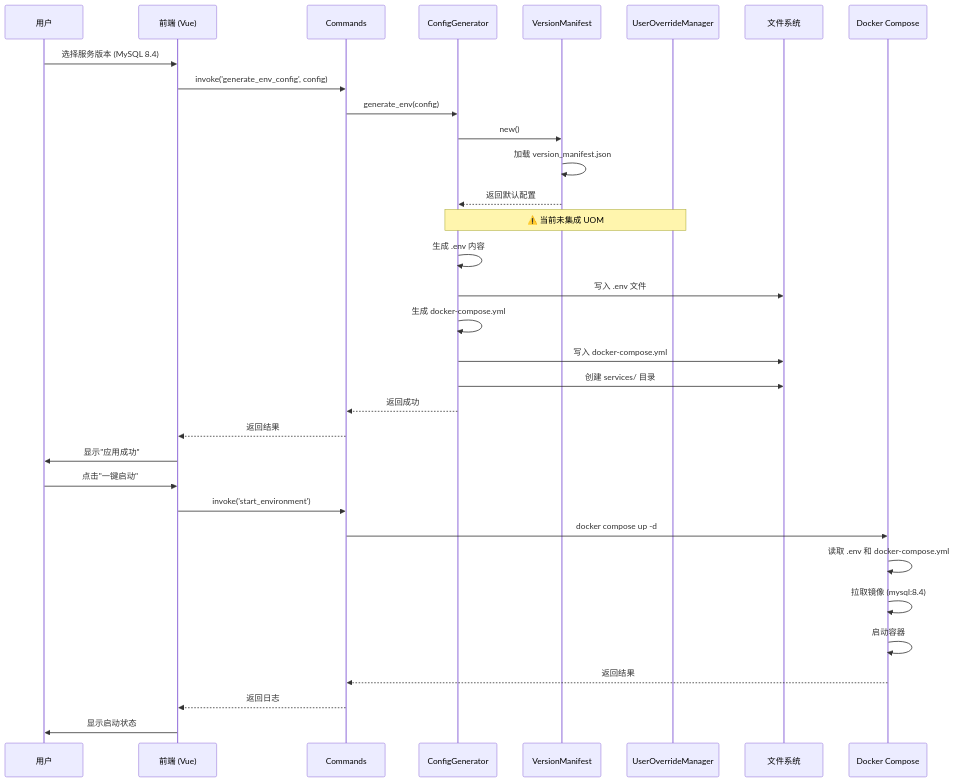
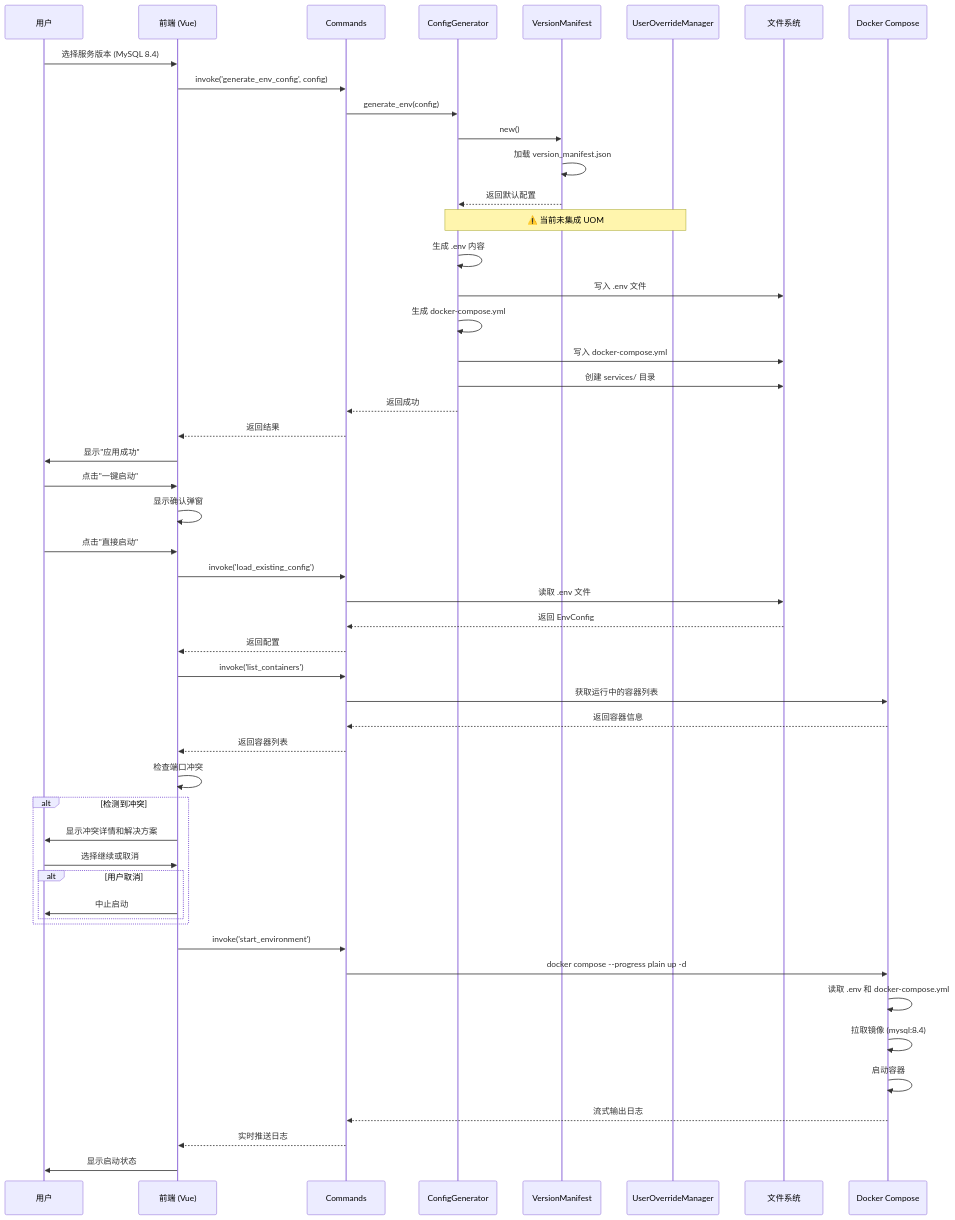
The second of 4 diagrams in ARCHITECTURE.md (jeeinn/php-stack), drawn with Mermaid before and after one commit. The commit also changed other lines of this file and 3 other files, not shown here.

````diff
--- a/ARCHITECTURE.md
+++ b/ARCHITECTURE.md
@@ -144,37 +144,55 @@
 ```mermaid
 sequenceDiagram
     participant U as 用户
     participant FE as 前端 (Vue)
     participant CMD as Commands
     participant CG as ConfigGenerator
     participant VM as VersionManifest
     participant UOM as UserOverrideManager
     participant FS as 文件系统
     participant DC as Docker Compose
 
     U->>FE: 选择服务版本 (MySQL 8.4)
     FE->>CMD: invoke('generate_env_config', config)
     CMD->>CG: generate_env(config)
     CG->>VM: new()
     VM->>VM: 加载 version_manifest.json
     VM-->>CG: 返回默认配置
     Note over CG,UOM: ⚠️ 当前未集成 UOM
     CG->>CG: 生成 .env 内容
     CG->>FS: 写入 .env 文件
     CG->>CG: 生成 docker-compose.yml
     CG->>FS: 写入 docker-compose.yml
     CG->>FS: 创建 services/ 目录
     CG-->>CMD: 返回成功
     CMD-->>FE: 返回结果
     FE->>U: 显示"应用成功"
     
     U->>FE: 点击"一键启动"
+    FE->>FE: 显示确认弹窗
+    U->>FE: 点击"直接启动"
+    FE->>CMD: invoke('load_existing_config')
+    CMD->>FS: 读取 .env 文件
+    FS-->>CMD: 返回 EnvConfig
+    CMD-->>FE: 返回配置
+    FE->>CMD: invoke('list_containers')
+    CMD->>DC: 获取运行中的容器列表
+    DC-->>CMD: 返回容器信息
+    CMD-->>FE: 返回容器列表
+    FE->>FE: 检查端口冲突
+    alt 检测到冲突
+        FE->>U: 显示冲突详情和解决方案
+        U->>FE: 选择继续或取消
+        alt 用户取消
+            FE->>U: 中止启动
+        end
+    end
     FE->>CMD: invoke('start_environment')
-    CMD->>DC: docker compose up -d
+    CMD->>DC: docker compose --progress plain up -d
     DC->>DC: 读取 .env 和 docker-compose.yml
     DC->>DC: 拉取镜像 (mysql:8.4)
     DC->>DC: 启动容器
-    DC-->>CMD: 返回结果
-    CMD-->>FE: 返回日志
+    DC-->>CMD: 流式输出日志
+    CMD-->>FE: 实时推送日志
     FE->>U: 显示启动状态
 ```
````
